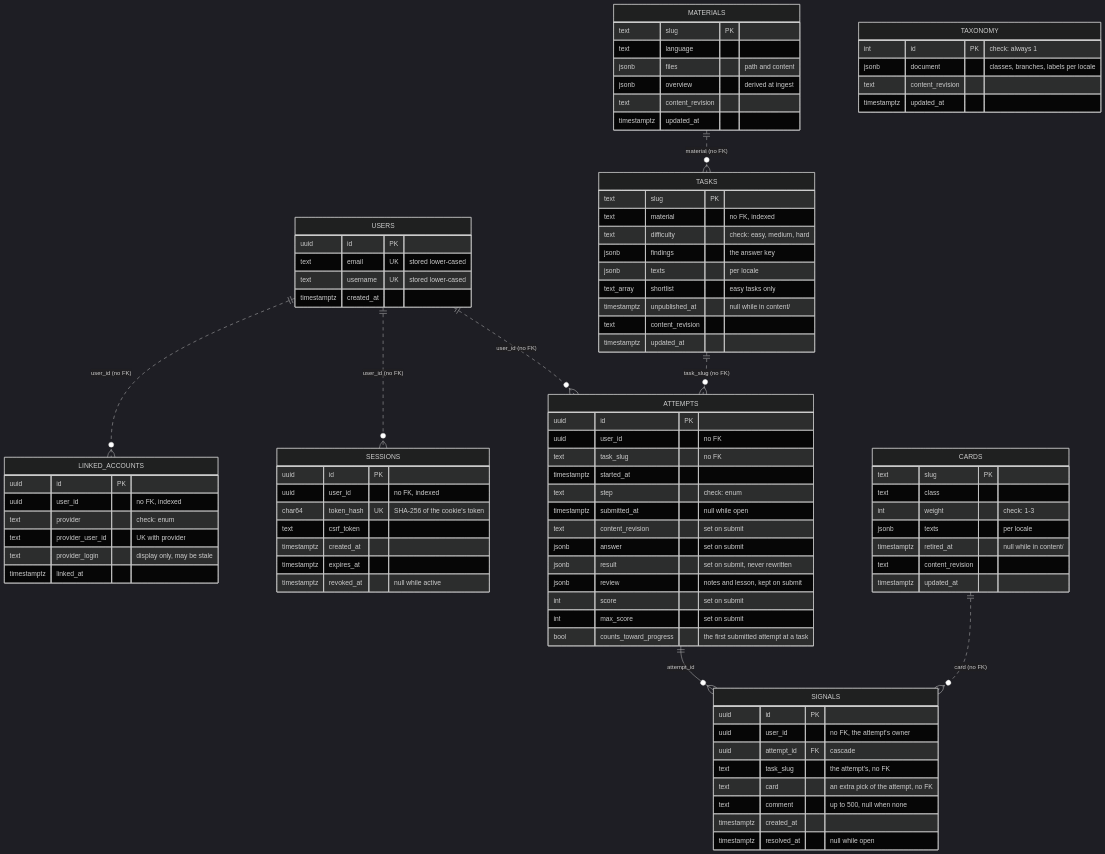
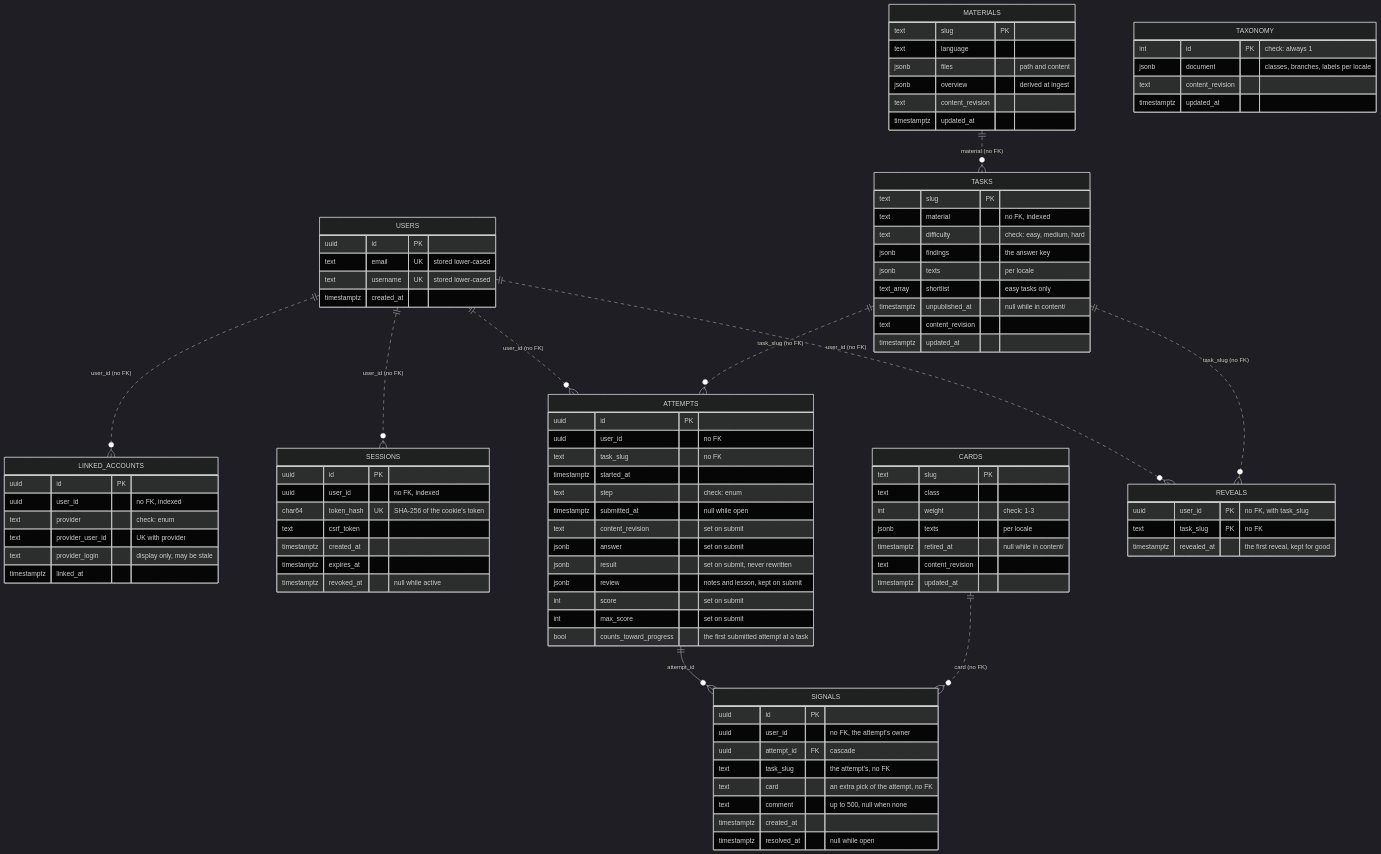
One commit to shoraLBRT/ritocode changed the diagram in docs/DATABASE_SCHEMA.md. Above: the diagram before and after it, drawn with Mermaid (dark theme). The commit also changed other lines of this file and 4 other files, not shown here.

Commit message:
docs: SPEC, DESIGN, schema and domain model for the reveal and the four statuses; e2e reveals the answer (#229)

````diff
--- a/docs/DATABASE_SCHEMA.md
+++ b/docs/DATABASE_SCHEMA.md
@@ -33,6 +33,8 @@
     TASKS ||..o{ ATTEMPTS : "task_slug (no FK)"
     ATTEMPTS ||--o{ SIGNALS : "attempt_id"
     CARDS ||..o{ SIGNALS : "card (no FK)"
+    USERS ||..o{ REVEALS : "user_id (no FK)"
+    TASKS ||..o{ REVEALS : "task_slug (no FK)"
 
     USERS {
         uuid id PK
@@ -124,4 +126,10 @@
         timestamptz created_at
         timestamptz resolved_at "null while open"
     }
+
+    REVEALS {
+        uuid user_id PK "no FK, with task_slug"
+        text task_slug PK "no FK"
+        timestamptz revealed_at "the first reveal, kept for good"
+    }
 ```
````
